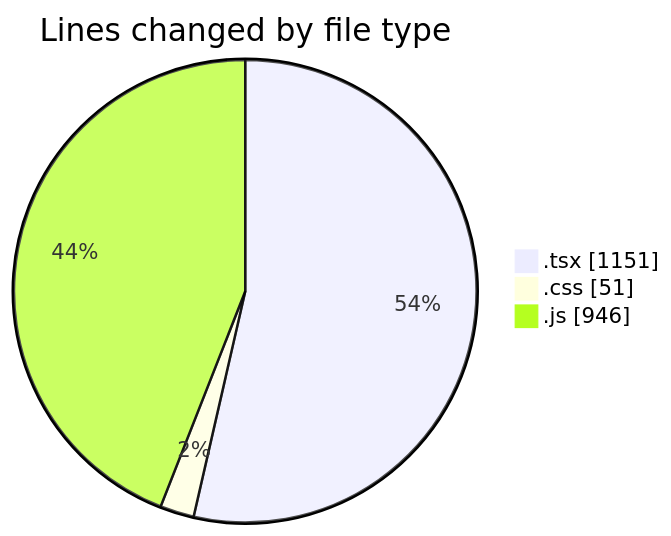
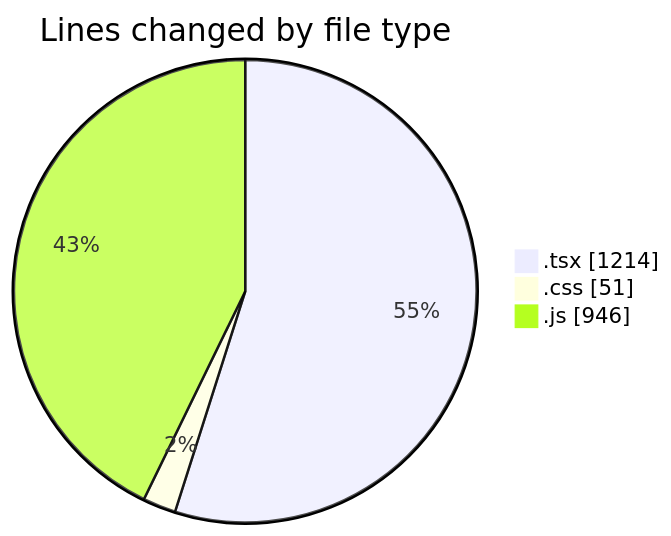
One commit to Elitesun/code-tracking changed the first of 2 diagrams in 2025-04-22/indesign/README.md. Above: the diagram before and after it, drawn with Mermaid. The commit also changed other lines of this file and 1 other file, not shown here.

````diff
--- a/2025-04-22/indesign/README.md
+++ b/2025-04-22/indesign/README.md
@@ -30,7 +30,7 @@
 ```mermaid
 pie showData
 title Lines changed by file type
-".tsx" : 1151
+".tsx" : 1214
 ".css" : 51
 ".js" : 946
 ```
````
